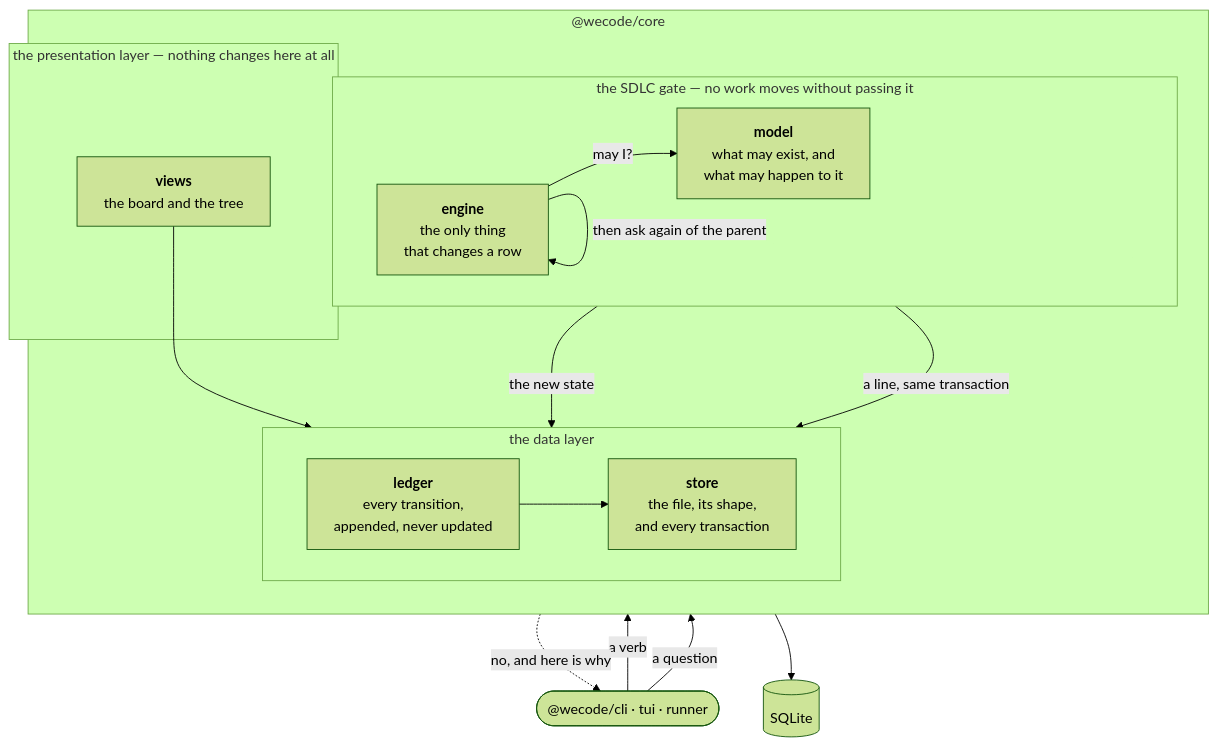
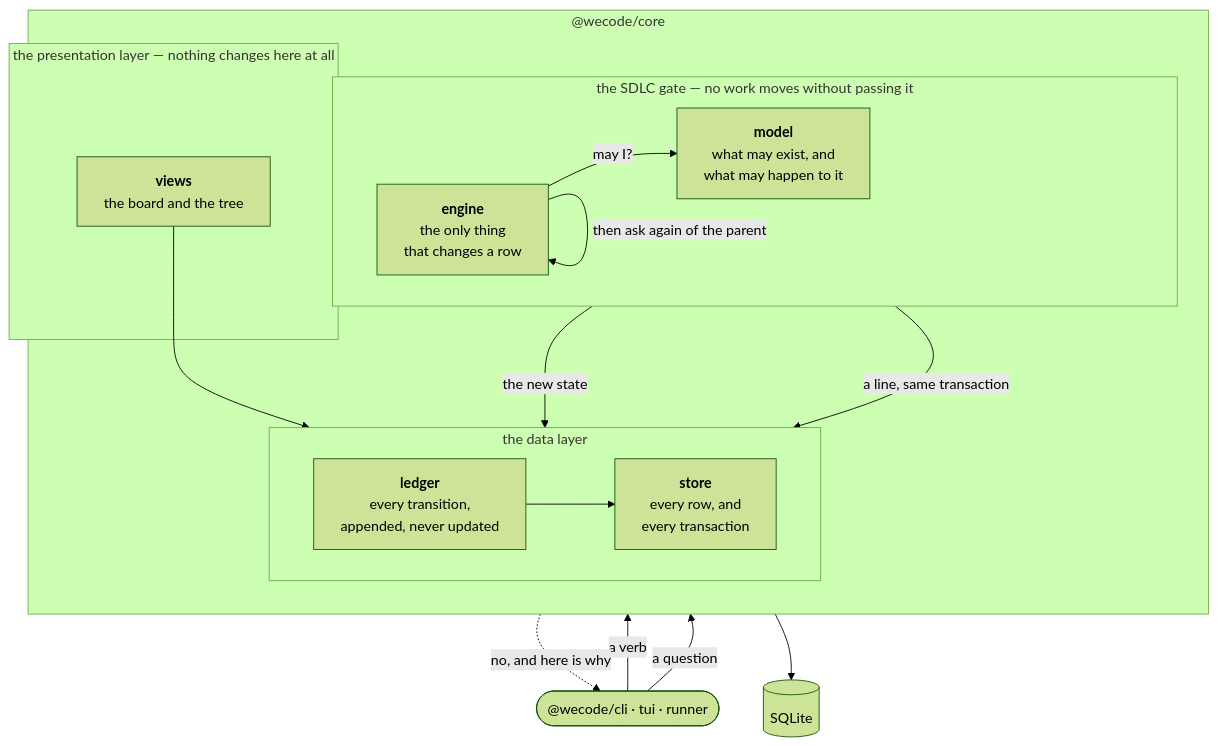
The third of 4 diagrams in docs/design/01. Architecture Diagram L1-L2.md (chandra-wijaya-setiawan/wecode), drawn with Mermaid (forest theme) before and after one commit.

Commit message:
design: the store holds rows, not a file

````diff
--- a/docs/design/01. Architecture Diagram L1-L2.md
+++ b/docs/design/01. Architecture Diagram L1-L2.md
@@ -99,40 +99,40 @@
 ```mermaid
 flowchart TB
     CLIENTS(["@wecode/cli · tui · runner"])
 
     subgraph core["@wecode/core"]
         direction TB
 
         subgraph gate["the SDLC gate — no work moves without passing it"]
             direction LR
             MODEL["<b>model</b><br/>what may exist, and<br/>what may happen to it"]
             ENGINE["<b>engine</b><br/>the only thing<br/>that changes a row"]
         end
 
         subgraph reads["the presentation layer — nothing changes here at all"]
             VIEWS["<b>views</b><br/>the board and the tree"]
         end
 
         subgraph record["the data layer"]
             direction LR
             LEDGER["<b>ledger</b><br/>every transition,<br/>appended, never updated"]
-            STORE["<b>store</b><br/>the file, its shape,<br/>and every transaction"]
+            STORE["<b>store</b><br/>every row, and<br/>every transaction"]
         end
     end
 
     DB[(SQLite)]
 
     CLIENTS -->|a verb| ENGINE
     CLIENTS -->|a question| VIEWS
 
 
     ENGINE -->|may I?| MODEL
     MODEL -.->|no, and here is why| CLIENTS
     ENGINE -->|then ask again of the parent| ENGINE
 
     ENGINE -->|the new state| STORE
     ENGINE -->|a line, same transaction| LEDGER
     LEDGER --> STORE
     VIEWS --> STORE
     STORE --> DB
 ```
````
